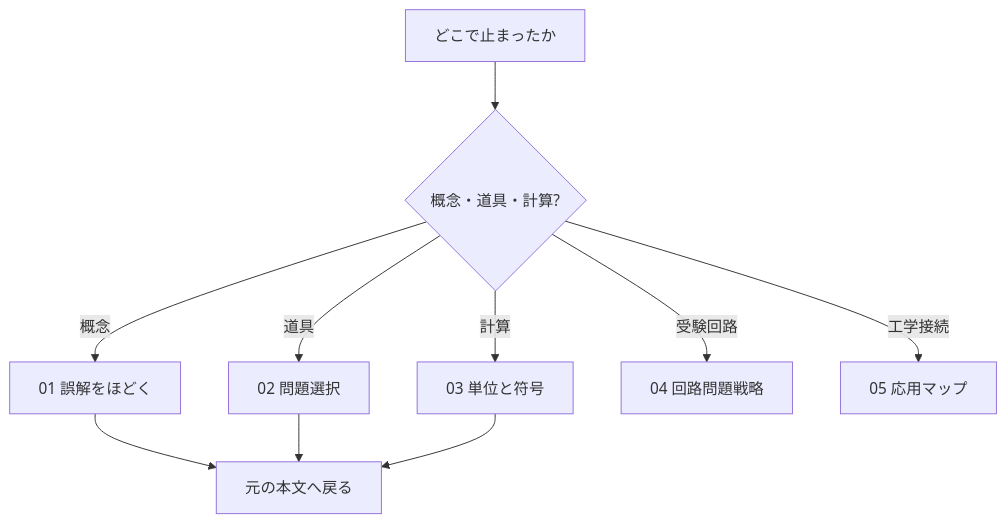
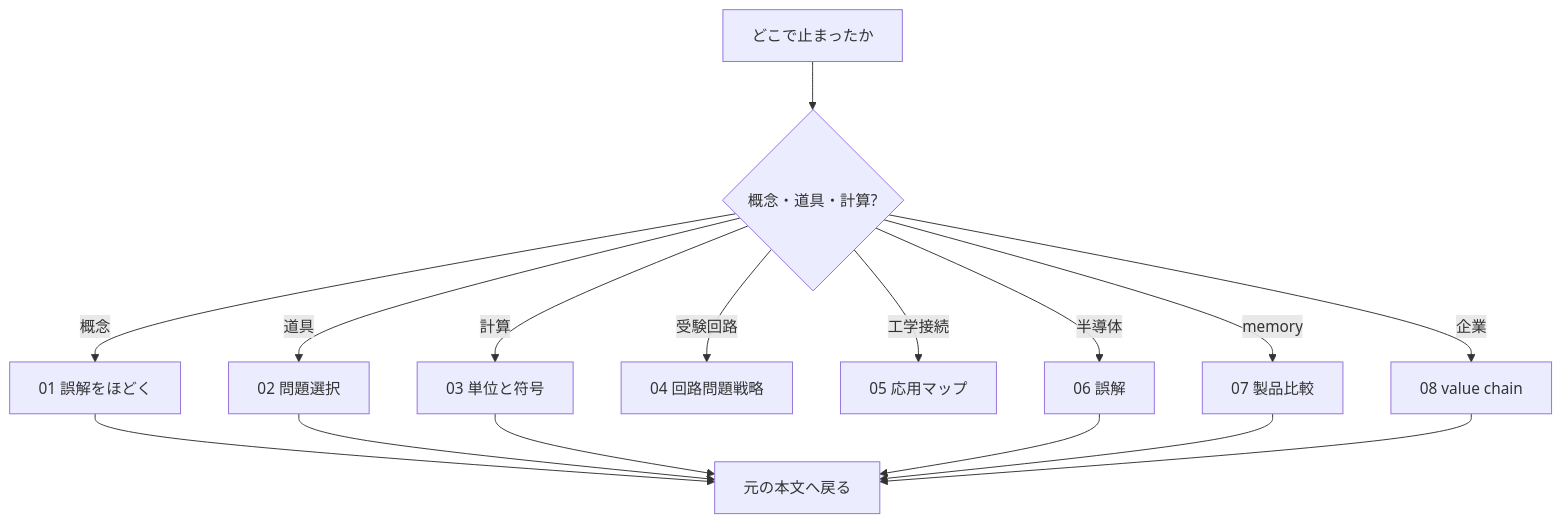
The diagram in physics_tower/02_electromagnetism/qa/README.md (daysUlab/Learning_with_Codex), drawn with Mermaid before and after one commit. The commit also changed other lines of this file and 49 other files, not shown here.

````diff
--- a/physics_tower/02_electromagnetism/qa/README.md
+++ b/physics_tower/02_electromagnetism/qa/README.md
@@ -12,12 +12,18 @@
 ```mermaid
 flowchart TD
   A["どこで止まったか"] --> B{"概念・道具・計算?"}
   B -->|概念| C["01 誤解をほどく"]
   B -->|道具| D["02 問題選択"]
   B -->|計算| E["03 単位と符号"]
   B -->|受験回路| G["04 回路問題戦略"]
   B -->|工学接続| H["05 応用マップ"]
+  B -->|半導体| I["06 誤解"]
+  B -->|memory| J["07 製品比較"]
+  B -->|企業| K["08 value chain"]
   C --> F["元の本文へ戻る"]
   D --> F
   E --> F
+  I --> F
+  J --> F
+  K --> F
 ```
````
